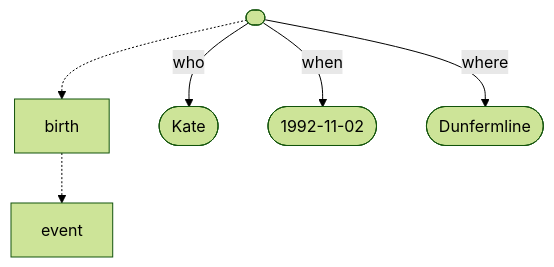
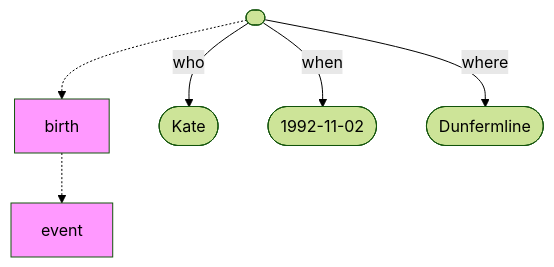
Before and after one commit to conmaol/maglocunus: the second of 9 diagrams in d/data.md, drawn with Mermaid (forest theme). The commit also changed other lines of this file, not shown here.

First line of the commit message:
Enhance data graph with entity types and new event

````diff
--- a/d/data.md
+++ b/d/data.md
@@ -26,14 +26,15 @@
 ```mermaid
 flowchart TD
-    e[event]
-    f[birth]
+    e[event]:::type
+    f[birth]:::type
     f -.-> e
     a -.-> f
     a([ ])
     b([Kate])
     c([1992-11-02])
     d([Dunfermline])
     a -- who --> b
     a -- when --> c
     a -- where --> d
+    classDef type fill:#f9f;
 ```
````
